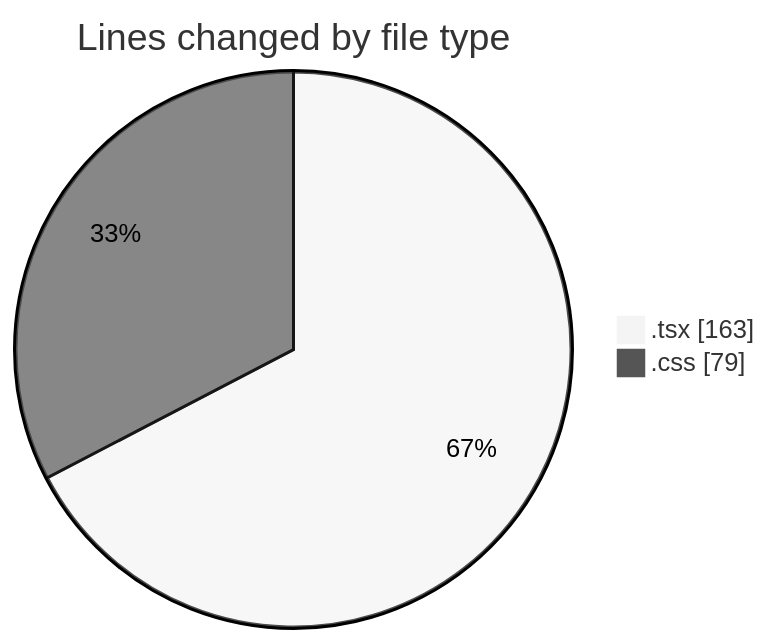
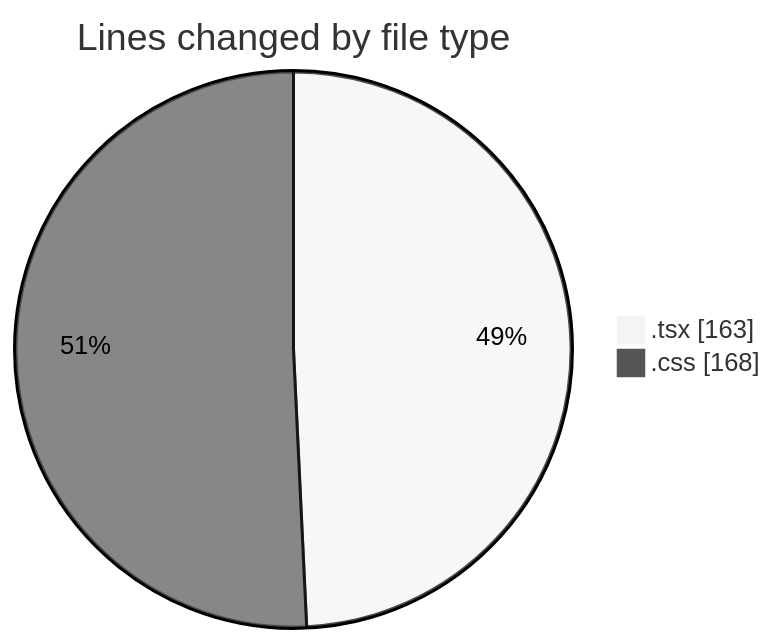
The first of 2 diagrams in 2025-08-12/ribbon/README.md (EIIisD/code-tracking), drawn with Mermaid (neutral theme) before and after one commit. The commit also changed other lines of this file and 1 other file, not shown here.

````diff
--- a/2025-08-12/ribbon/README.md
+++ b/2025-08-12/ribbon/README.md
@@ -25,6 +25,6 @@
 ```mermaid
 pie showData
 title Lines changed by file type
 ".tsx" : 163
-".css" : 79
+".css" : 168
 ```
````
